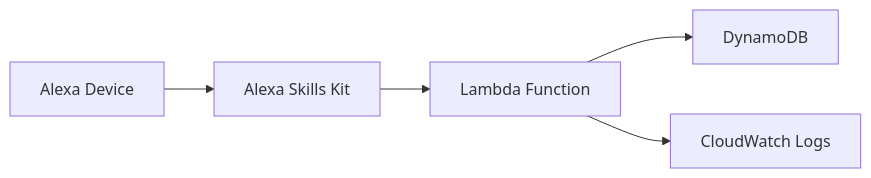
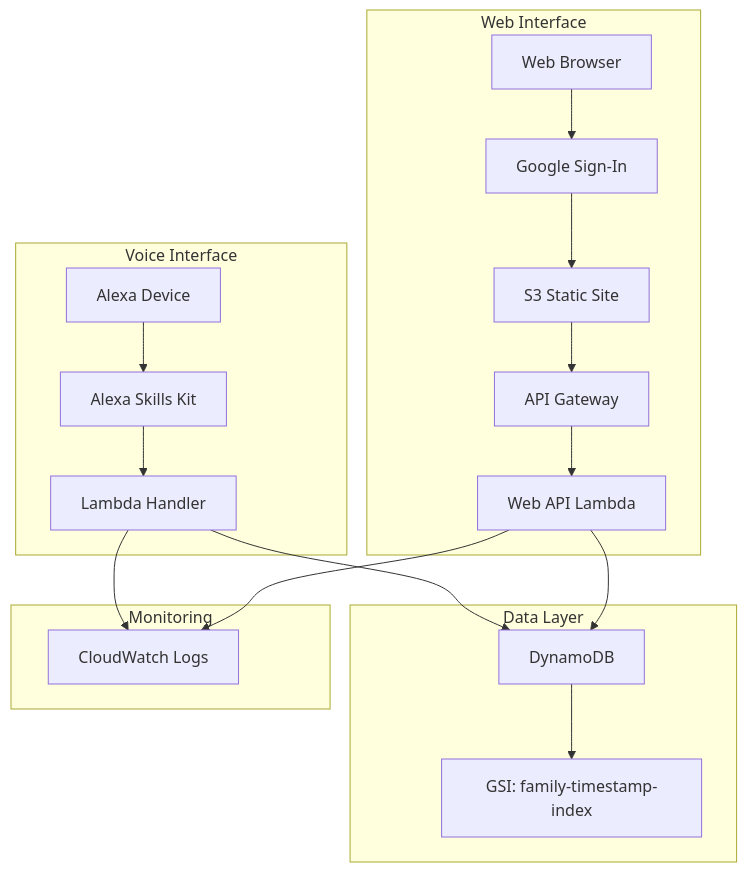
The diagram in README.md (flow-theory-x/alexa-voice-memo), drawn with Mermaid before and after one commit. The commit also changed other lines of this file and 46 other files, not shown here.

````diff
--- a/README.md
+++ b/README.md
@@ -176,7 +269,25 @@
 ```mermaid
-graph LR
-    A[Alexa Device] --> B[Alexa Skills Kit]
-    B --> C[Lambda Function]
-    C --> D[DynamoDB]
-    C --> E[CloudWatch Logs]
+graph TB
+    subgraph "Voice Interface"
+        A[Alexa Device] --> B[Alexa Skills Kit]
+        B --> C[Lambda Handler]
+    end
+    
+    subgraph "Web Interface"
+        D[Web Browser] --> E[Google Sign-In]
+        E --> F[S3 Static Site]
+        F --> G[API Gateway]
+        G --> H[Web API Lambda]
+    end
+    
+    subgraph "Data Layer"
+        C --> I[DynamoDB]
+        H --> I
+        I --> J[GSI: family-timestamp-index]
+    end
+    
+    subgraph "Monitoring"
+        C --> K[CloudWatch Logs]
+        H --> K
+    end
 ```
````
